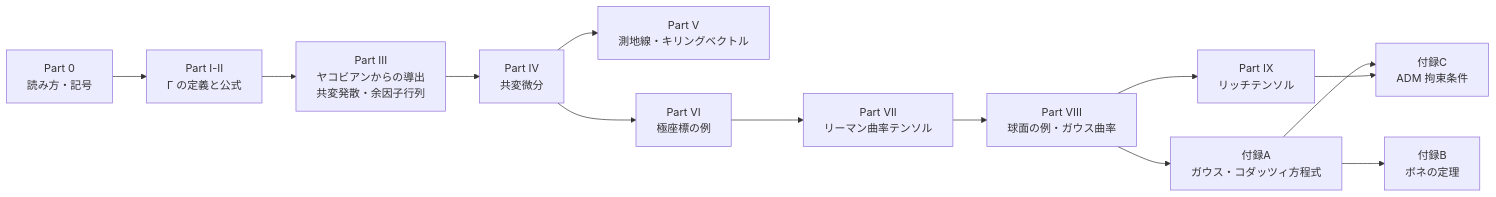
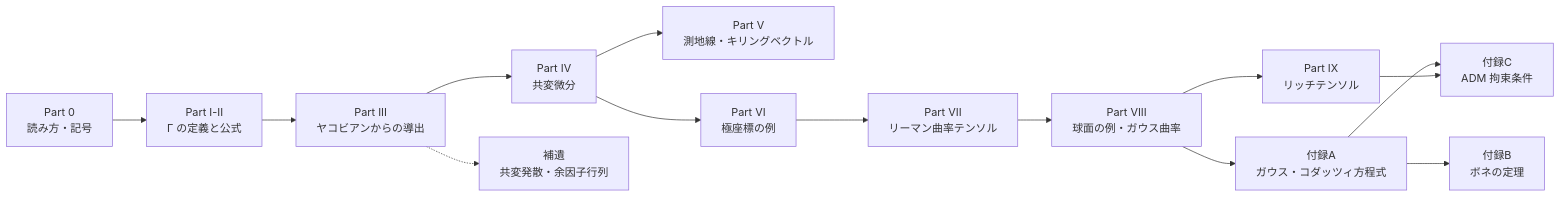
One commit to kazuma0606/quantum-study changed the first of 4 diagrams in 研究ノート/02_微分幾何/christoffel_riemann_intro.md. Above: the diagram before and after it, drawn with Mermaid. The commit also changed other lines of this file and 3 other files, not shown here.

First line of the commit message:
Move Part III sections 3 and 4 of the Christoffel/Riemann note to a supplement

````diff
--- a/研究ノート/02_微分幾何/christoffel_riemann_intro.md
+++ b/研究ノート/02_微分幾何/christoffel_riemann_intro.md
@@ -133,22 +134,24 @@
 ```mermaid
 flowchart LR
     P0["Part 0<br/>読み方・記号"]
     P1["Part I-II<br/>Γ の定義と公式"]
-    P3["Part III<br/>ヤコビアンからの導出<br/>共変発散・余因子行列"]
+    P3["Part III<br/>ヤコビアンからの導出"]
     P4["Part IV<br/>共変微分"]
     P5["Part V<br/>測地線・キリングベクトル"]
     P6["Part VI<br/>極座標の例"]
     P7["Part VII<br/>リーマン曲率テンソル"]
     P8["Part VIII<br/>球面の例・ガウス曲率"]
     P9["Part IX<br/>リッチテンソル"]
+    S["補遺<br/>共変発散・余因子行列"]
     A["付録A<br/>ガウス・コダッツィ方程式"]
     B["付録B<br/>ボネの定理"]
     C["付録C<br/>ADM 拘束条件"]
 
     P0 --> P1
     P1 --> P3 --> P4 --> P5
+    P3 -.-> S
     P4 --> P6 --> P7 --> P8 --> P9
     P8 --> A --> B
     A --> C
     P9 --> C
 ```
````
